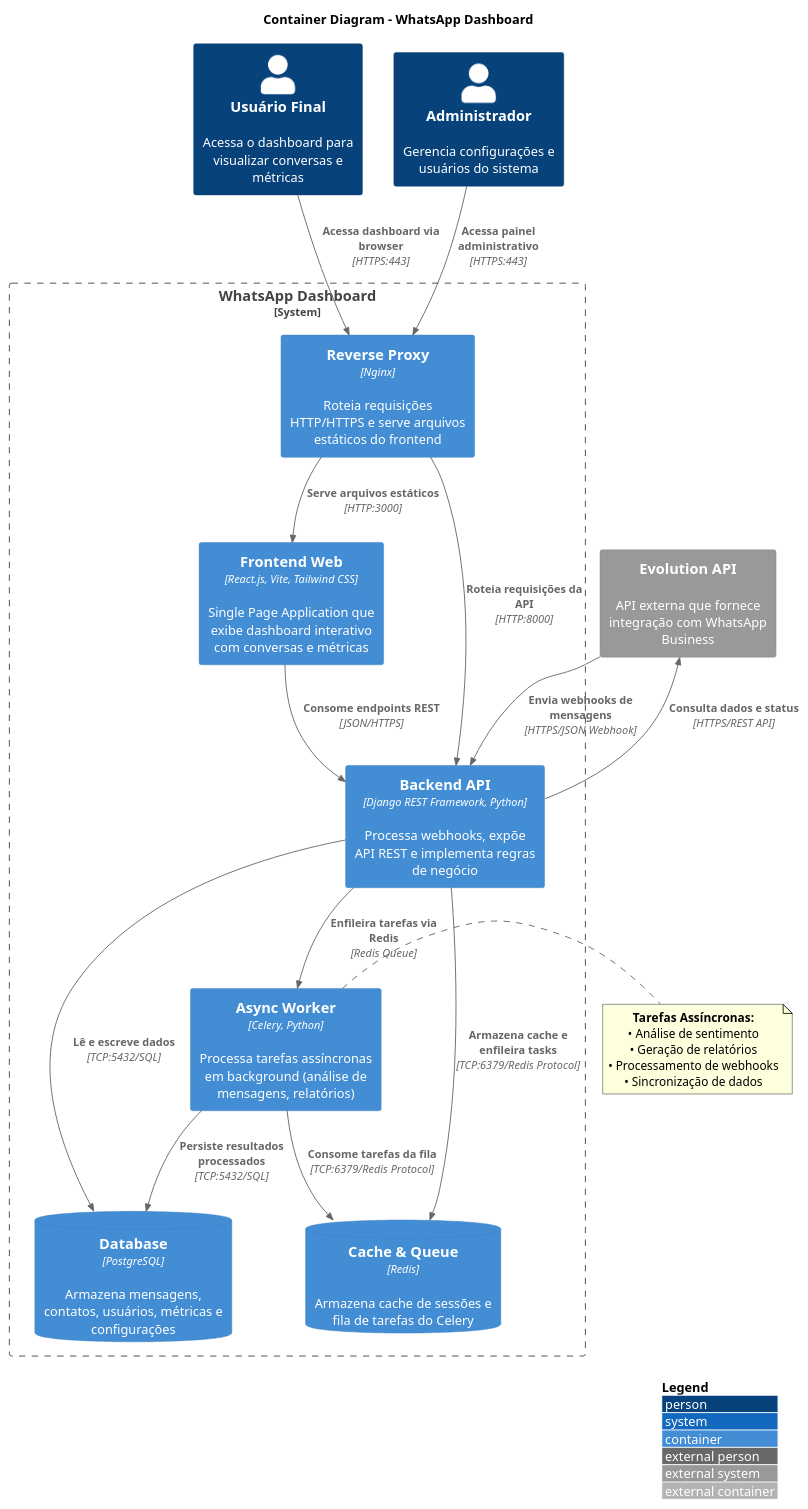
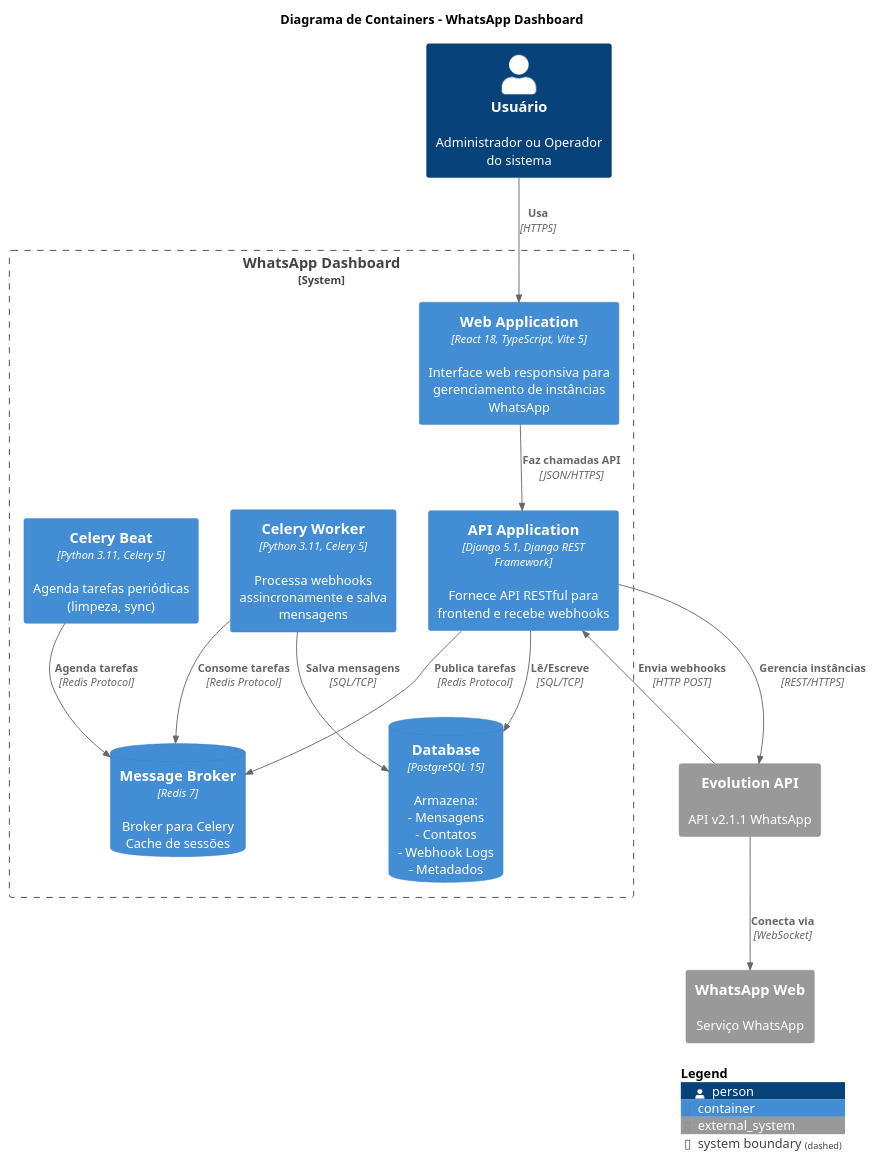
Before and after one commit to gab-correia/whatsapp-dashboard: the diagram in docs/architecture/c4/02-container-diagram.puml, drawn with PlantUML. The commit also changed 7 other files, not shown here.

Commit message:
docs: add complete C4 architecture documentation

```diff
--- a/docs/architecture/c4/02-container-diagram.puml
+++ b/docs/architecture/c4/02-container-diagram.puml
@@ -1,74 +1,42 @@
-@startuml 02-container-diagram
+@startuml WhatsApp Dashboard - Container Diagram
 !include https://raw.githubusercontent.com/plantuml-stdlib/C4-PlantUML/master/C4_Container.puml
 
 LAYOUT_WITH_LEGEND()
 
-title Container Diagram - WhatsApp Dashboard
+title Diagrama de Containers - WhatsApp Dashboard
 
-' =====================================================================
-' Pessoas (Atores do Sistema)
-' =====================================================================
-Person(user, "Usuário Final", "Acessa o dashboard para visualizar conversas e métricas")
-Person(admin, "Administrador", "Gerencia configurações e usuários do sistema")
+Person(user, "Usuário", "Administrador ou Operador do sistema")
 
-' =====================================================================
-' Sistema Principal com Containers
-' =====================================================================
-System_Boundary(whatsapp_dashboard, "WhatsApp Dashboard") {
-    Container(nginx, "Reverse Proxy", "Nginx", "Roteia requisições HTTP/HTTPS e serve arquivos estáticos do frontend")
+System_Boundary(system, "WhatsApp Dashboard") {
+    Container(web_app, "Web Application", "React 18, TypeScript, Vite 5", "Interface web responsiva para gerenciamento de instâncias WhatsApp")
+    Container(api, "API Application", "Django 5.1, Django REST Framework", "Fornece API RESTful para frontend e recebe webhooks")
+    Container(celery_worker, "Celery Worker", "Python 3.11, Celery 5", "Processa webhooks assincronamente e salva mensagens")
+    Container(celery_beat, "Celery Beat", "Python 3.11, Celery 5", "Agenda tarefas periódicas (limpeza, sync)")
     
-    Container(frontend, "Frontend Web", "React.js, Vite, Tailwind CSS", "Single Page Application que exibe dashboard interativo com conversas e métricas")
-    
-    Container(backend, "Backend API", "Django REST Framework, Python", "Processa webhooks, expõe API REST e implementa regras de negócio")
-    
-    Container(worker, "Async Worker", "Celery, Python", "Processa tarefas assíncronas em background (análise de mensagens, relatórios)")
-    
-    ContainerDb(database, "Database", "PostgreSQL", "Armazena mensagens, contatos, usuários, métricas e configurações")
-    
-    ContainerDb(cache, "Cache & Queue", "Redis", "Armazena cache de sessões e fila de tarefas do Celery")
+    ContainerDb(database, "Database", "PostgreSQL 15", "Armazena:\n- Mensagens\n- Contatos\n- Webhook Logs\n- Metadados")
+    ContainerDb(cache, "Message Broker", "Redis 7", "Broker para Celery\nCache de sessões")
 }
 
-' =====================================================================
-' Sistemas Externos
-' =====================================================================
-System_Ext(evolution_api, "Evolution API", "API externa que fornece integração com WhatsApp Business")
+System_Ext(evolution, "Evolution API", "API v2.1.1 WhatsApp")
+System_Ext(whatsapp, "WhatsApp Web", "Serviço WhatsApp")
 
-' =====================================================================
-' Relacionamentos - Usuários para Sistema
-' =====================================================================
-Rel(user, nginx, "Acessa dashboard via browser", "HTTPS:443")
-Rel(admin, nginx, "Acessa painel administrativo", "HTTPS:443")
+' Frontend
+Rel(user, web_app, "Usa", "HTTPS")
+Rel(web_app, api, "Faz chamadas API", "JSON/HTTPS")
 
-' =====================================================================
-' Relacionamentos - Internos do Sistema
-' =====================================================================
-Rel(nginx, frontend, "Serve arquivos estáticos", "HTTP:3000")
-Rel(nginx, backend, "Roteia requisições da API", "HTTP:8000")
+' Backend
+Rel(api, database, "Lê/Escreve", "SQL/TCP")
+Rel(api, cache, "Publica tarefas", "Redis Protocol")
+Rel(api, evolution, "Gerencia instâncias", "REST/HTTPS")
 
-Rel(frontend, backend, "Consome endpoints REST", "JSON/HTTPS")
+' Celery
+Rel(celery_worker, cache, "Consome tarefas", "Redis Protocol")
+Rel(celery_worker, database, "Salva mensagens", "SQL/TCP")
+Rel(celery_beat, cache, "Agenda tarefas", "Redis Protocol")
 
-Rel(backend, database, "Lê e escreve dados", "TCP:5432/SQL")
-Rel(backend, cache, "Armazena cache e enfileira tasks", "TCP:6379/Redis Protocol")
+' External
+Rel(evolution, api, "Envia webhooks", "HTTP POST")
+Rel(evolution, whatsapp, "Conecta via", "WebSocket")
 
-Rel(backend, worker, "Enfileira tarefas via Redis", "Redis Queue")
-Rel(worker, cache, "Consome tarefas da fila", "TCP:6379/Redis Protocol")
-Rel(worker, database, "Persiste resultados processados", "TCP:5432/SQL")
-
-' =====================================================================
-' Relacionamentos - Sistema para Externos
-' =====================================================================
-Rel(evolution_api, backend, "Envia webhooks de mensagens", "HTTPS/JSON Webhook")
-Rel(backend, evolution_api, "Consulta dados e status", "HTTPS/REST API")
-
-' =====================================================================
-' Notas Explicativas
-' =====================================================================
-note right of worker
-  **Tarefas Assíncronas:**
-  • Análise de sentimento
-  • Geração de relatórios
-  • Processamento de webhooks
-  • Sincronização de dados
-end note
-
+SHOW_LEGEND()
 @enduml
```
